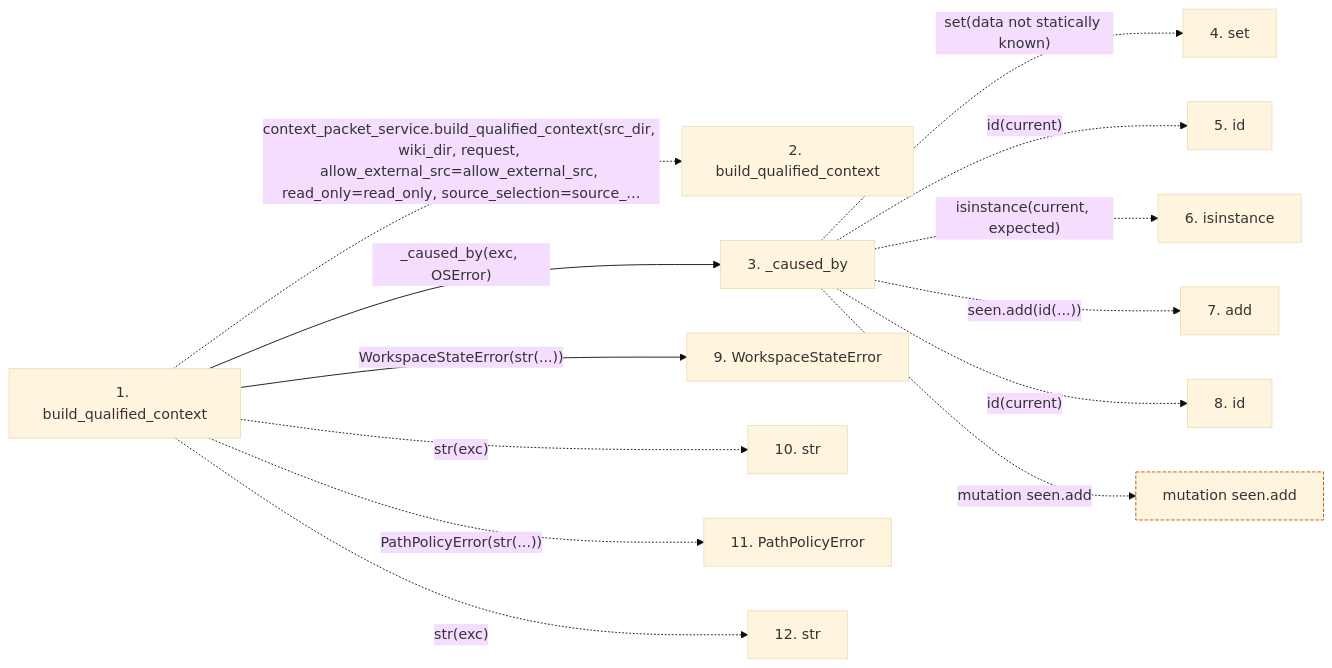
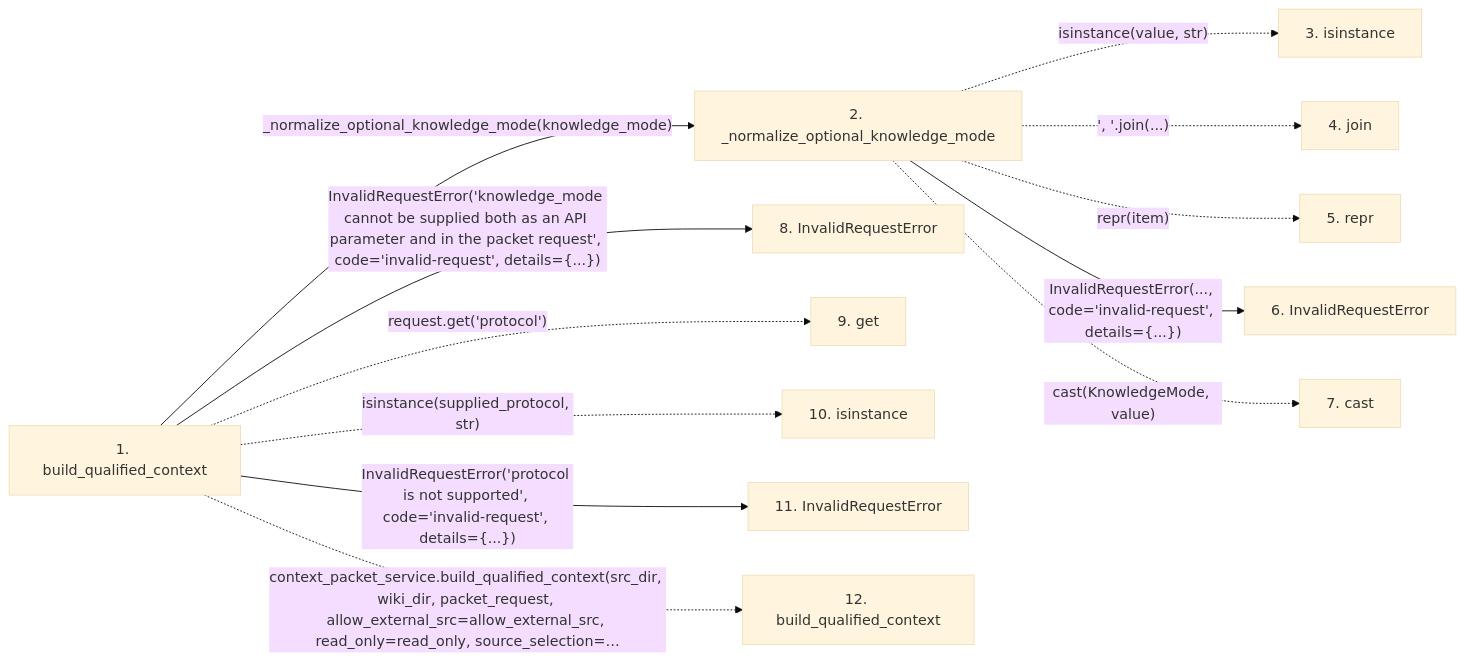
One commit to Denissvgn/python-wiki-llm changed the second of 2 diagrams in docs/llm_wiki/flows/api-build_qualified_context-api.md. Above: the diagram before and after it, drawn with Mermaid (base theme). The commit also changed other lines of this file and 364 other files, not shown here.

````diff
--- a/docs/llm_wiki/flows/api-build_qualified_context-api.md
+++ b/docs/llm_wiki/flows/api-build_qualified_context-api.md
@@ -48,33 +68,31 @@
 ```mermaid
 flowchart LR
     s1["1. build_qualified_context"]
-    s2["2. build_qualified_context"]
-    s3["3. _caused_by"]
-    s4["4. set"]
-    s5["5. id"]
-    s6["6. isinstance"]
-    s7["7. add"]
-    s8["8. id"]
-    s9["9. WorkspaceStateError"]
-    s10["10. str"]
-    s11["11. PathPolicyError"]
-    s12["12. str"]
-    s1 -. "context_packet_service.build_qualified_context(src_dir, wiki_dir, request, allow_external_src=allow_external_src, read_only=read_only, source_selection=source_…" .-> s2
-    s1 -->|"_caused_by(exc, OSError)"| s3
-    s3 -. "set(data not statically known)" .-> s4
-    s3 -. "id(current)" .-> s5
-    s3 -. "isinstance(current, expected)" .-> s6
-    s3 -. "seen.add(id(...))" .-> s7
-    s3 -. "id(current)" .-> s8
-    s1 -->|"WorkspaceStateError(str(...))"| s9
-    s1 -. "str(exc)" .-> s10
-    s1 -. "PathPolicyError(str(...))" .-> s11
-    s1 -. "str(exc)" .-> s12
-    b0["mutation seen.add"]
-    s3 -. "mutation seen.add" .-> b0
+    s2["2. _normalize_optional_knowledge_mode"]
+    s3["3. isinstance"]
+    s4["4. join"]
+    s5["5. repr"]
+    s6["6. InvalidRequestError"]
+    s7["7. cast"]
+    s8["8. InvalidRequestError"]
+    s9["9. get"]
+    s10["10. isinstance"]
+    s11["11. InvalidRequestError"]
+    s12["12. build_qualified_context"]
+    s1 -->|"_normalize_optional_knowledge_mode(knowledge_mode)"| s2
+    s2 -. "isinstance(value, str)" .-> s3
+    s2 -. "', '.join(...)" .-> s4
+    s2 -. "repr(item)" .-> s5
+    s2 -->|"InvalidRequestError(..., code='invalid-request', details={...})"| s6
+    s2 -. "cast(KnowledgeMode, value)" .-> s7
+    s1 -->|"InvalidRequestError('knowledge_mode cannot be supplied both as an API parameter and in the packet request', code='invalid-request', details={...})"| s8
+    s1 -. "request.get('protocol')" .-> s9
+    s1 -. "isinstance(supplied_protocol, str)" .-> s10
+    s1 -->|"InvalidRequestError('protocol is not supported', code='invalid-request', details={...})"| s11
+    s1 -. "context_packet_service.build_qualified_context(src_dir, wiki_dir, packet_request, allow_external_src=allow_external_src, read_only=read_only, source_selection=…" .-> s12
     click s1 "../modules/api.md"
-    click s3 "../modules/api.md"
-    click s9 "../modules/api.md"
-    classDef boundary stroke:#b45309,stroke-dasharray: 4 2
-    class b0 boundary
+    click s2 "../modules/api.md"
+    click s6 "../modules/api.md"
+    click s8 "../modules/api.md"
+    click s11 "../modules/api.md"
 ```
````
